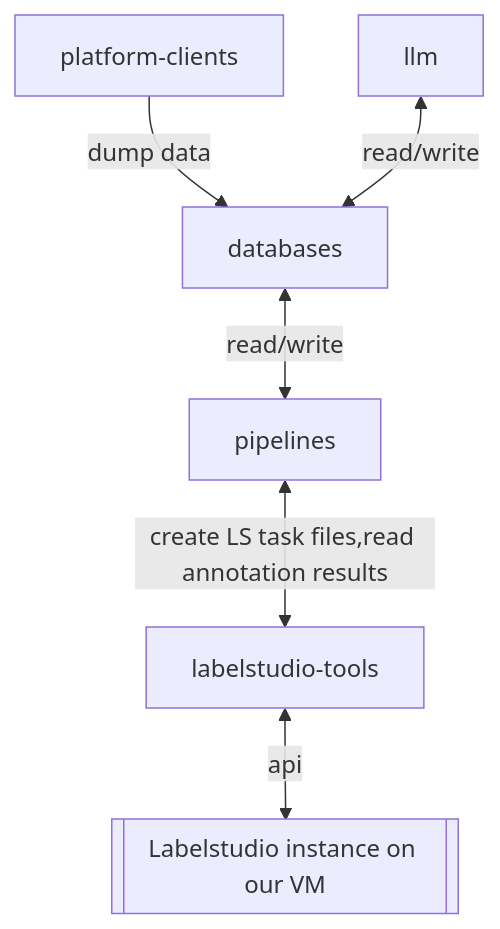
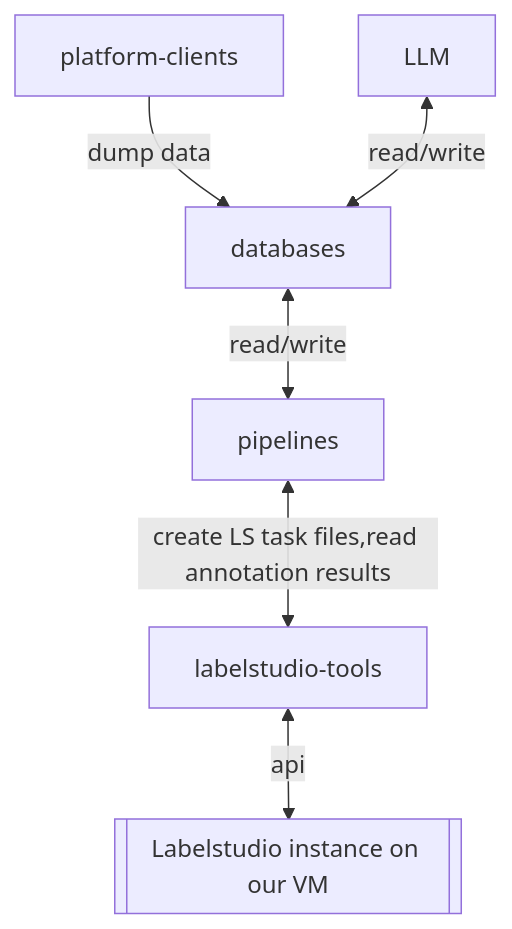
The diagram in README.md (ERC-BIG-5/documentation), drawn with Mermaid before and after one commit. The commit also changed other lines of this file, not shown here.

First line of the commit message:
Update README with LLM package details

````diff
--- a/README.md
+++ b/README.md
@@ -7,9 +7,9 @@
 ``` mermaid
 graph
 
 platform-clients -- dump data--> databases
 databases <-- read/write --> pipelines
-llm <-- read/write --> databases
+LLM <-- read/write --> databases
 pipelines <-- "create LS task files,read annotation results" --> labelstudio-tools
 labelstudio-tools <-- api --> Labelstudio[[Labelstudio instance on our VM]]
 ```
````
